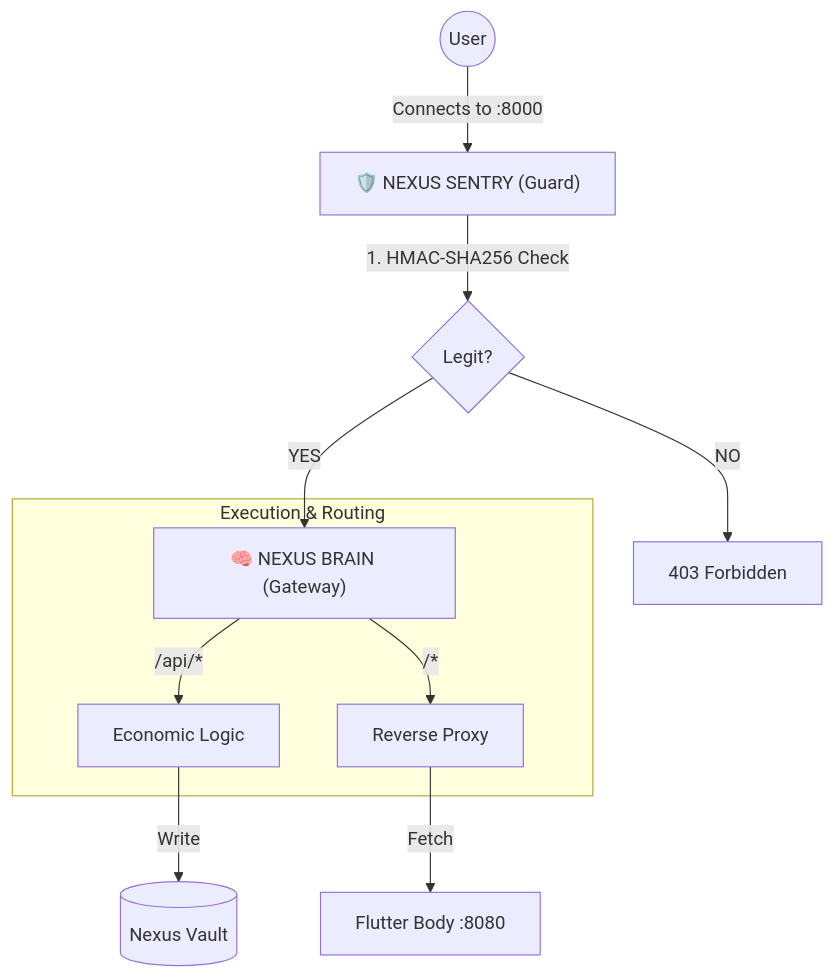
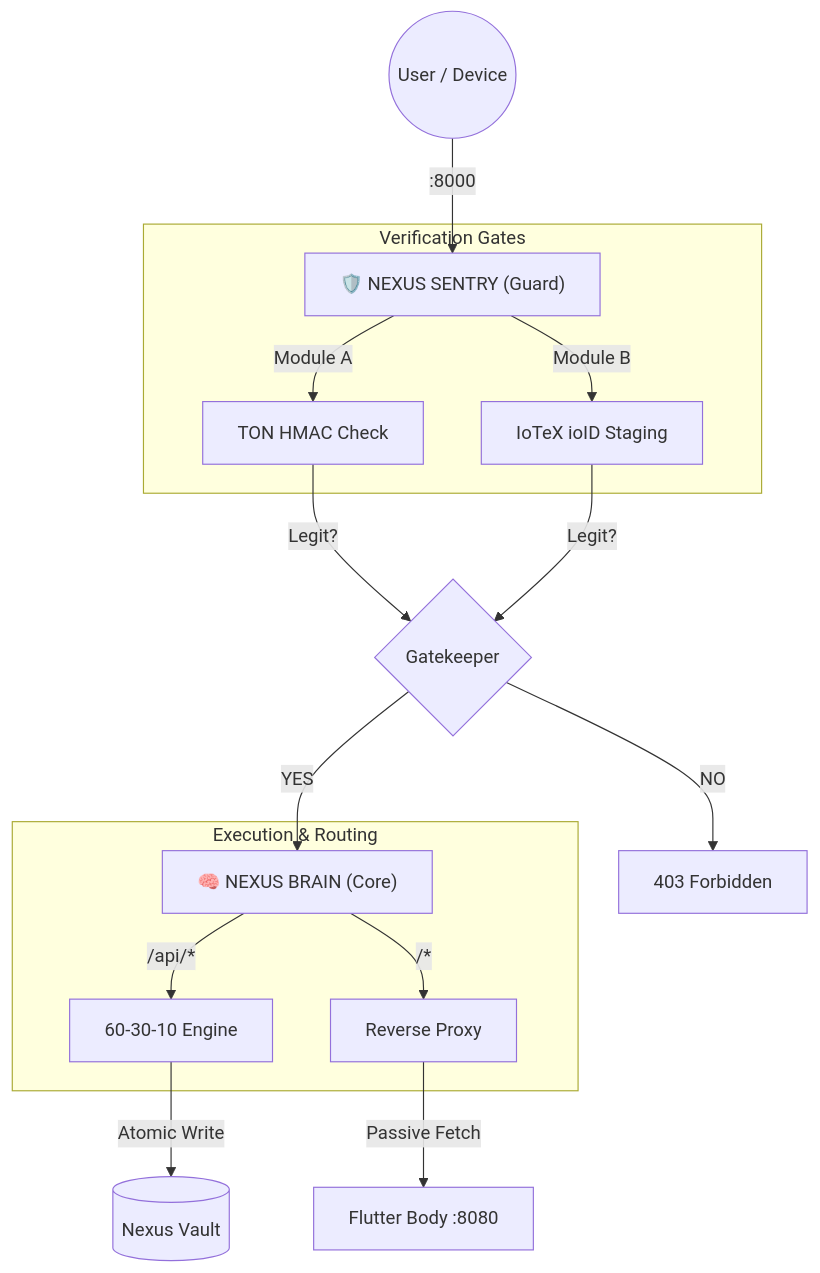
The diagram in docs/ARCHITECTURE.md (arhantbarmate/nexus-core), drawn with Mermaid before and after one commit. The commit also changed other lines of this file, not shown here.

Commit message:
docs(arch): finalize v1.3.1 multichain architecture with defensive hardening

````diff
--- a/docs/ARCHITECTURE.md
+++ b/docs/ARCHITECTURE.md
@@ -32,16 +25,22 @@
 ```mermaid
 graph TD
-    User((User)) -->|Connects to :8000| Sentry["🛡️ NEXUS SENTRY (Guard)"]
-    Sentry -->|1. HMAC-SHA256 Check| Logic{Legit?}
+    User((User / Device)) -->|:8000| Sentry["🛡️ NEXUS SENTRY (Guard)"]
+    
+    subgraph Sentry_Modules [Verification Gates]
+        Sentry -->|Module A| TON[TON HMAC Check]
+        Sentry -->|Module B| IOTX[IoTeX ioID Staging]
+    end
+
+    TON & IOTX -->|Legit?| Logic{Gatekeeper}
     
     Logic -->|NO| Reject[403 Forbidden]
-    Logic -->|YES| Brain["🧠 NEXUS BRAIN (Gateway)"]
+    Logic -->|YES| Brain["🧠 NEXUS BRAIN (Core)"]
     
     subgraph Brain_Internals [Execution & Routing]
-        Brain -->|/api/*| Engine[Economic Logic]
+        Brain -->|/api/*| Engine[60-30-10 Engine]
         Brain -->|/*| Proxy[Reverse Proxy]
     end
     
-    Engine -->|Write| Vault[(Nexus Vault)]
-    Proxy -->|Fetch| Body[Flutter Body :8080]
+    Engine -->|Atomic Write| Vault[(Nexus Vault)]
+    Proxy -->|Passive Fetch| Body[Flutter Body :8080]
 ```
````
